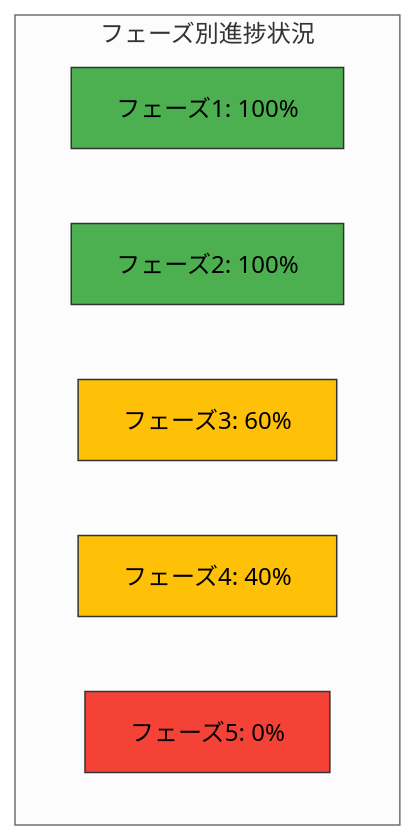
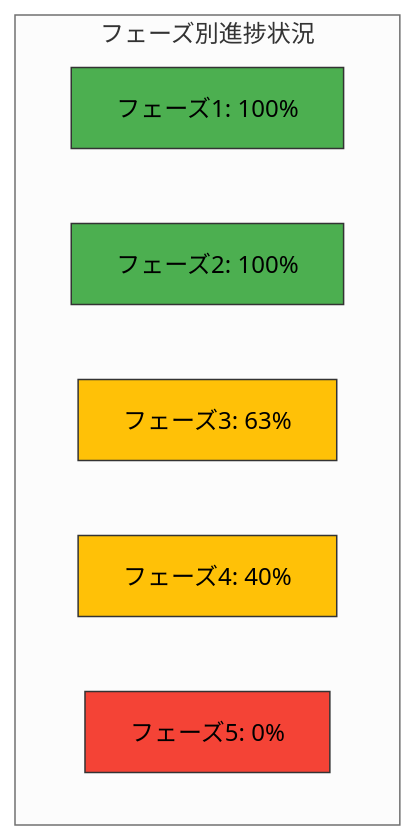
The second of 2 diagrams in docs/PLAN_AND_PROGRESS.md (ToyB0x/git-resume), drawn with Mermaid (neutral theme) before and after one commit. The commit also changed other lines of this file, not shown here.

````diff
--- a/docs/PLAN_AND_PROGRESS.md
+++ b/docs/PLAN_AND_PROGRESS.md
@@ -119,16 +119,16 @@
 ```mermaid
 graph TD
     subgraph "フェーズ別進捗状況"
     A["フェーズ1: 100%"] 
     B["フェーズ2: 100%"]
-    C["フェーズ3: 60%"]
+    C["フェーズ3: 63%"]
     D["フェーズ4: 40%"]
     E["フェーズ5: 0%"]
     end
     
     style A fill:#4CAF50,stroke:#333,stroke-width:1px
     style B fill:#4CAF50,stroke:#333,stroke-width:1px
     style C fill:#FFC107,stroke:#333,stroke-width:1px
     style D fill:#FFC107,stroke:#333,stroke-width:1px
     style E fill:#F44336,stroke:#333,stroke-width:1px
 ```
````
